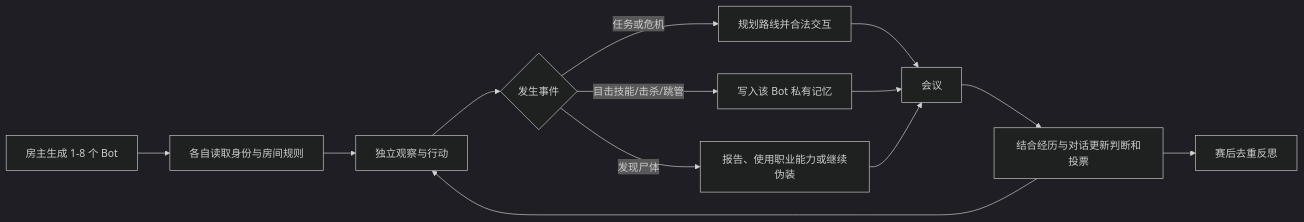
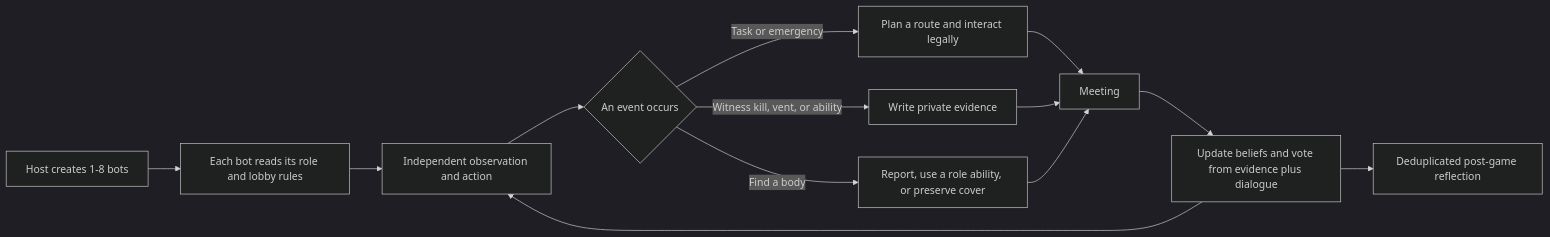
One commit to shimiaoshui/among-us-deepbot changed the diagram in README.md. Above: the diagram before and after it, drawn with Mermaid (dark theme). The commit also changed other lines of this file and 1 other file, not shown here.

````diff
--- a/README.md
+++ b/README.md
@@ -29,15 +29,15 @@
 ```mermaid
 flowchart LR
-    A[房主生成 1-8 个 Bot] --> B[各自读取身份与房间规则]
-    B --> C[独立观察与行动]
-    C --> D{发生事件}
-    D -->|任务或危机| E[规划路线并合法交互]
-    D -->|目击技能/击杀/跳管| F[写入该 Bot 私有记忆]
-    D -->|发现尸体| G[报告、使用职业能力或继续伪装]
-    E --> H[会议]
+    A[Host creates 1-8 bots] --> B[Each bot reads its role and lobby rules]
+    B --> C[Independent observation and action]
+    C --> D{An event occurs}
+    D -->|Task or emergency| E[Plan a route and interact legally]
+    D -->|Witness kill, vent, or ability| F[Write private evidence]
+    D -->|Find a body| G[Report, use a role ability, or preserve cover]
+    E --> H[Meeting]
     F --> H
     G --> H
-    H --> I[结合经历与对话更新判断和投票]
+    H --> I[Update beliefs and vote from evidence plus dialogue]
     I --> C
-    I --> J[赛后去重反思]
+    I --> J[Deduplicated post-game reflection]
 ```
````
